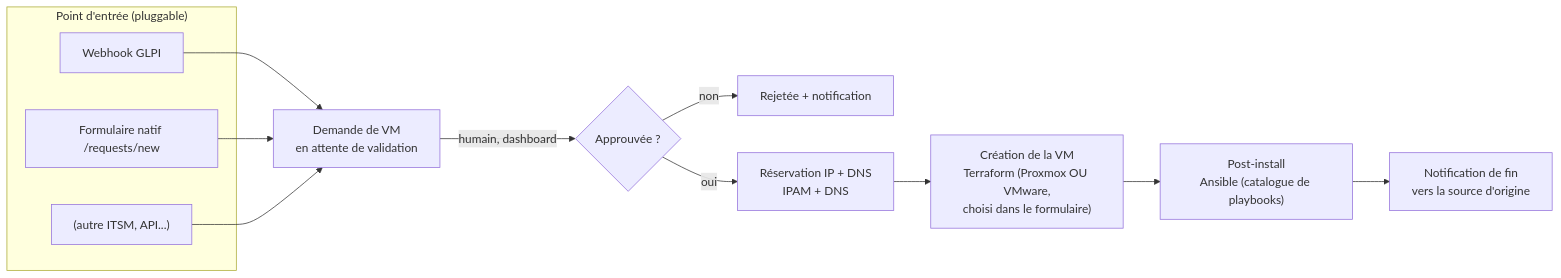
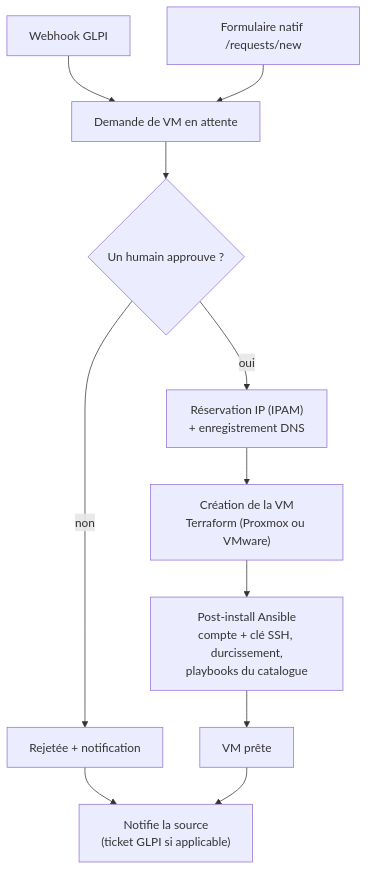
One commit to mshadow6/hephaestus changed the diagram in README.md. Above: the diagram before and after it, drawn with Mermaid. The commit also changed other lines of this file, not shown here.

````diff
--- a/README.md
+++ b/README.md
@@ -7,15 +7,13 @@
 ```mermaid
-flowchart LR
-    subgraph Entrée["Point d'entrée (pluggable)"]
-        A1[Webhook GLPI]
-        A2[Formulaire natif /requests/new]
-        A3["(autre ITSM, API...)"]
-    end
-    A1 & A2 & A3 --> B[Demande de VM\nen attente de validation]
-    B -->|humain, dashboard| C{Approuvée ?}
-    C -->|non| R[Rejetée + notification]
-    C -->|oui| D[Réservation IP + DNS\nIPAM + DNS]
-    D --> E["Création de la VM\nTerraform (Proxmox OU VMware,\nchoisi dans le formulaire)"]
-    E --> F["Post-install\nAnsible (catalogue de playbooks)"]
-    F --> G[Notification de fin\nvers la source d'origine]
+flowchart TD
+    A1["Webhook GLPI"] --> B
+    A2["Formulaire natif /requests/new"] --> B
+    B["Demande de VM en attente"] --> C{"Un humain approuve ?"}
+    C -->|non| D["Rejetée + notification"]
+    C -->|oui| E["Réservation IP (IPAM)\n+ enregistrement DNS"]
+    E --> F["Création de la VM\nTerraform (Proxmox ou VMware)"]
+    F --> G["Post-install Ansible\ncompte + clé SSH, durcissement,\nplaybooks du catalogue"]
+    G --> H["VM prête"]
+    D --> I["Notifie la source\n(ticket GLPI si applicable)"]
+    H --> I
 ```
````
